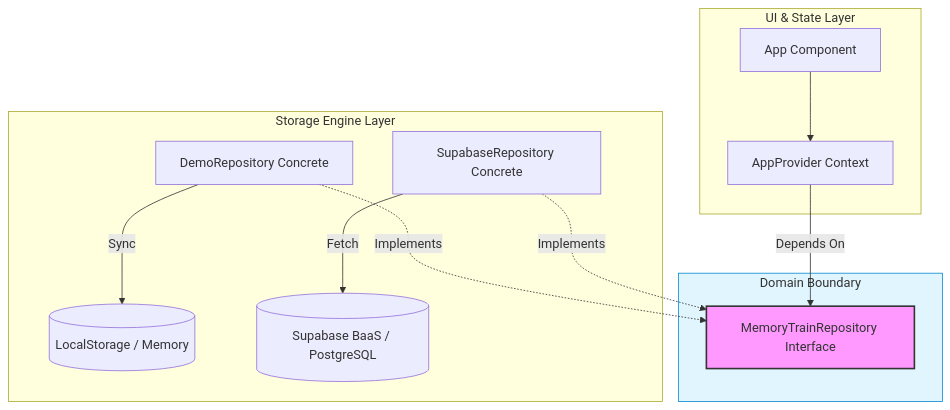
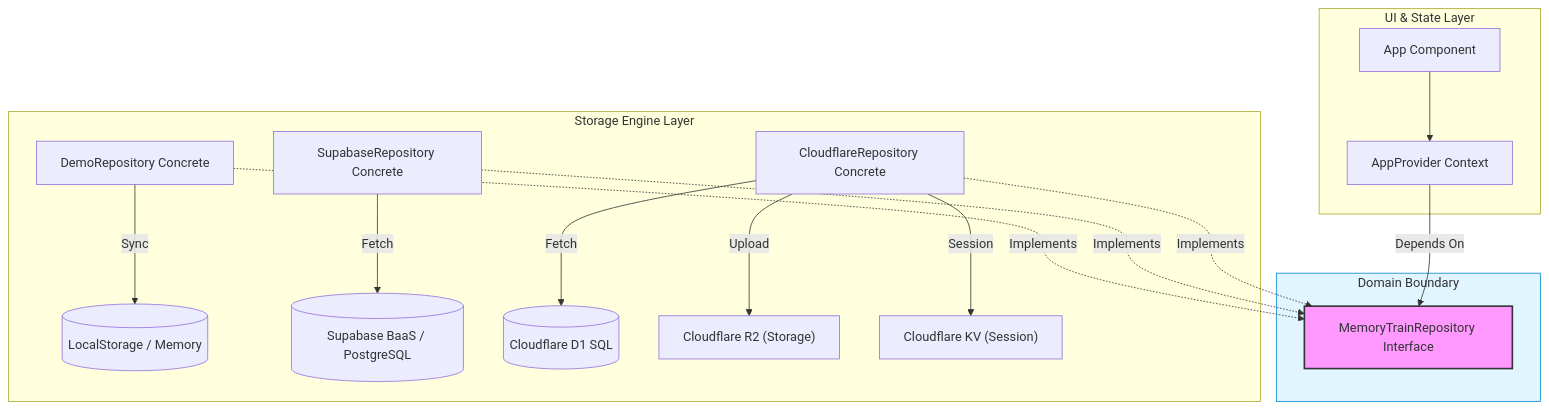
One commit to ClarusIubar/GATTACA changed the first of 2 diagrams in docs/wiki/Architecture.md. Above: the diagram before and after it, drawn with Mermaid. The commit also changed other lines of this file and 6 other files, not shown here.

Commit message:
feat(arch): migrate from Supabase to Cloudflare Native (D1/R2/KV) & update architecture wiki (TSK-001-08)

````diff
--- a/docs/wiki/Architecture.md
+++ b/docs/wiki/Architecture.md
@@ -11,20 +11,24 @@
 ```mermaid
 graph TD
     subgraph UI_Layer [UI & State Layer]
         App[App Component] --> AppProvider[AppProvider Context]
     end
 
     subgraph Domain_Boundary [Domain Boundary]
         AppProvider -->|Depends On| IRepo[MemoryTrainRepository Interface]
     end
 
     subgraph Storage_Layer [Storage Engine Layer]
         DemoRepo[DemoRepository Concrete] -.->|Implements| IRepo
         SupabaseRepo[SupabaseRepository Concrete] -.->|Implements| IRepo
+        CloudflareRepo[CloudflareRepository Concrete] -.->|Implements| IRepo
         DemoRepo -->|Sync| LS[(LocalStorage / Memory)]
         SupabaseRepo -->|Fetch| SB[(Supabase BaaS / PostgreSQL)]
+        CloudflareRepo -->|Fetch| CFD1[(Cloudflare D1 SQL)]
+        CloudflareRepo -->|Upload| CFR2["Cloudflare R2 (Storage)"]
+        CloudflareRepo -->|Session| CFKV["Cloudflare KV (Session)"]
     end
 
     style IRepo fill:#f9f,stroke:#333,stroke-width:2px
     style Domain_Boundary fill:#e1f5fe,stroke:#0288d1,stroke-width:1px
 ```
````
